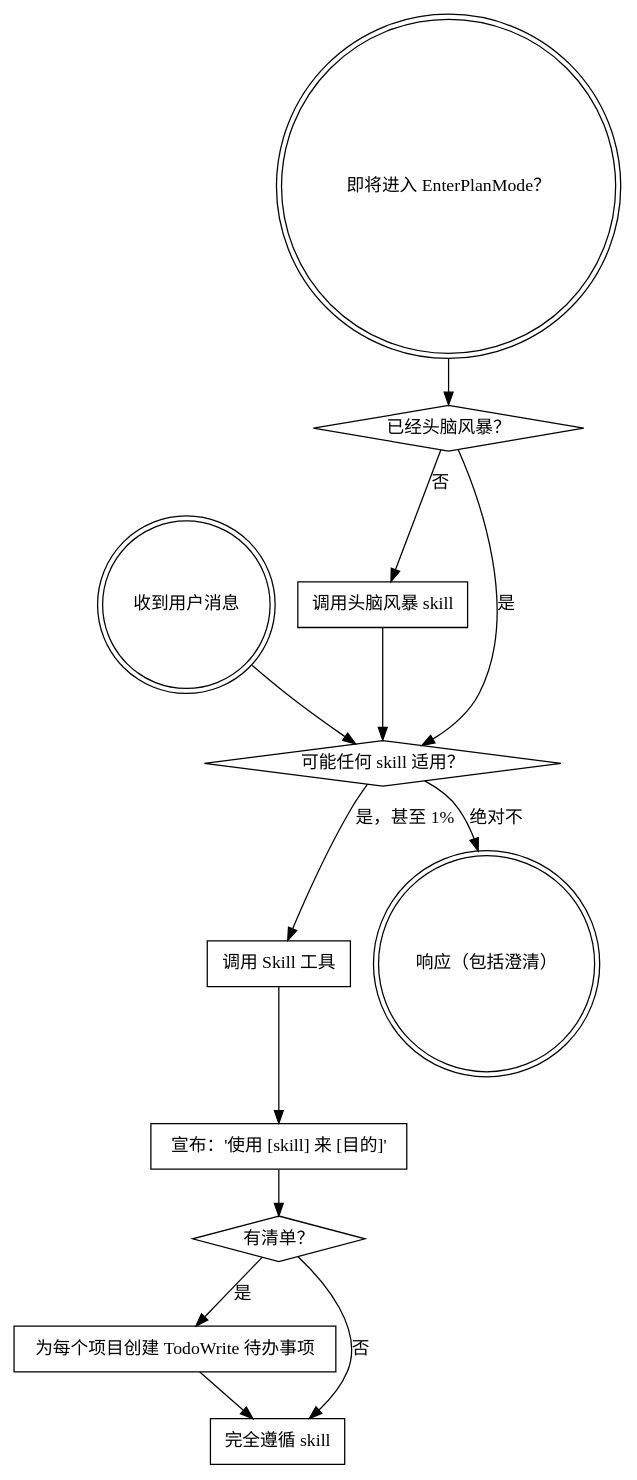
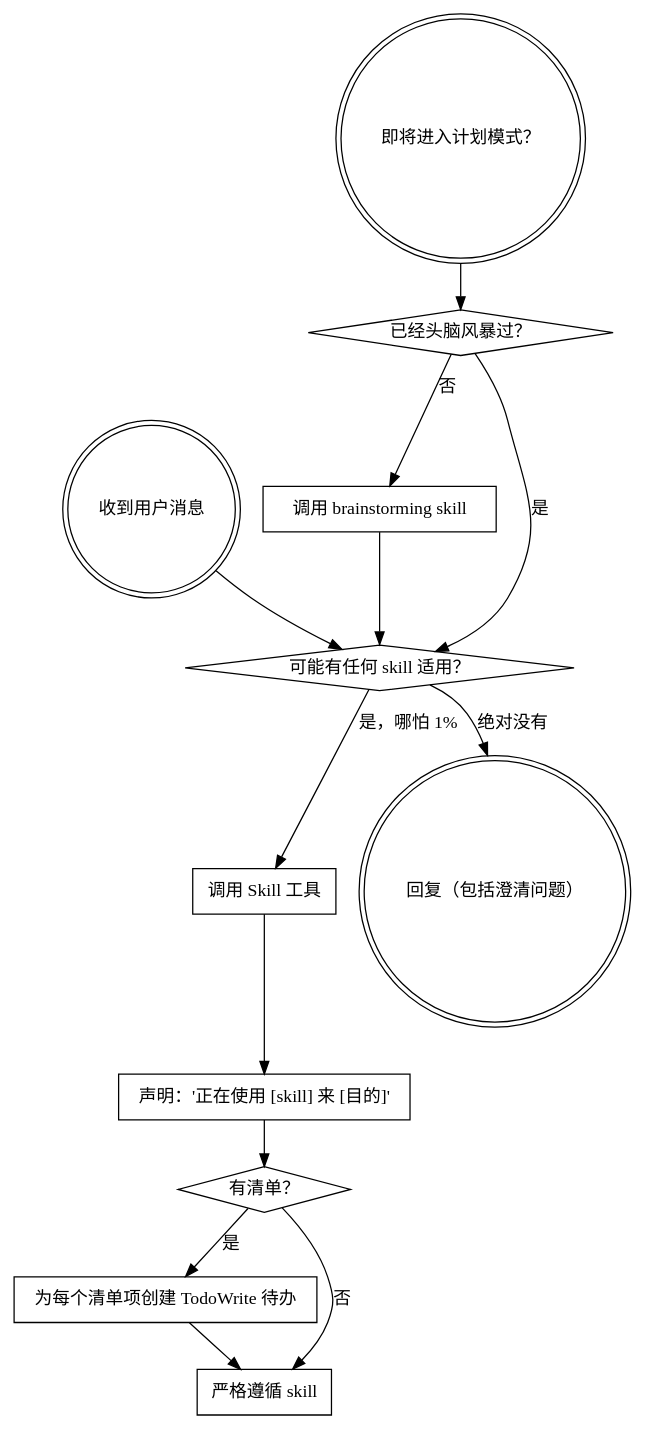
The diagram in superpower/translation-cn/.claude/skills/using-superpowers/SKILL.md (camtrik/harness-study), drawn with Graphviz before and after one commit. The commit also changed other lines of this file and 42 other files, not shown here.

````diff
--- a/superpower/translation-cn/.claude/skills/using-superpowers/SKILL.md
+++ b/superpower/translation-cn/.claude/skills/using-superpowers/SKILL.md
@@ -48,29 +48,29 @@
 ```dot
 digraph skill_flow {
     "收到用户消息" [shape=doublecircle];
-    "即将进入 EnterPlanMode？" [shape=doublecircle];
-    "已经头脑风暴？" [shape=diamond];
-    "调用头脑风暴 skill" [shape=box];
-    "可能任何 skill 适用？" [shape=diamond];
+    "即将进入计划模式？" [shape=doublecircle];
+    "已经头脑风暴过？" [shape=diamond];
+    "调用 brainstorming skill" [shape=box];
+    "可能有任何 skill 适用？" [shape=diamond];
     "调用 Skill 工具" [shape=box];
-    "宣布：'使用 [skill] 来 [目的]'" [shape=box];
+    "声明：'正在使用 [skill] 来 [目的]'" [shape=box];
     "有清单？" [shape=diamond];
-    "为每个项目创建 TodoWrite 待办事项" [shape=box];
-    "完全遵循 skill" [shape=box];
-    "响应（包括澄清）" [shape=doublecircle];
+    "为每个清单项创建 TodoWrite 待办" [shape=box];
+    "严格遵循 skill" [shape=box];
+    "回复（包括澄清问题）" [shape=doublecircle];
 
-    "即将进入 EnterPlanMode？" -> "已经头脑风暴？";
-    "已经头脑风暴？" -> "调用头脑风暴 skill" [label="否"];
-    "已经头脑风暴？" -> "可能任何 skill 适用？" [label="是"];
-    "调用头脑风暴 skill" -> "可能任何 skill 适用？";
+    "即将进入计划模式？" -> "已经头脑风暴过？";
+    "已经头脑风暴过？" -> "调用 brainstorming skill" [label="否"];
+    "已经头脑风暴过？" -> "可能有任何 skill 适用？" [label="是"];
+    "调用 brainstorming skill" -> "可能有任何 skill 适用？";
 
-    "收到用户消息" -> "可能任何 skill 适用？";
-    "可能任何 skill 适用？" -> "调用 Skill 工具" [label="是，甚至 1%"];
-    "可能任何 skill 适用？" -> "响应（包括澄清）" [label="绝对不"];
-    "调用 Skill 工具" -> "宣布：'使用 [skill] 来 [目的]'";
-    "宣布：'使用 [skill] 来 [目的]'" -> "有清单？";
-    "有清单？" -> "为每个项目创建 TodoWrite 待办事项" [label="是"];
-    "有清单？" -> "完全遵循 skill" [label="否"];
-    "为每个项目创建 TodoWrite 待办事项" -> "完全遵循 skill";
+    "收到用户消息" -> "可能有任何 skill 适用？";
+    "可能有任何 skill 适用？" -> "调用 Skill 工具" [label="是，哪怕 1%"];
+    "可能有任何 skill 适用？" -> "回复（包括澄清问题）" [label="绝对没有"];
+    "调用 Skill 工具" -> "声明：'正在使用 [skill] 来 [目的]'";
+    "声明：'正在使用 [skill] 来 [目的]'" -> "有清单？";
+    "有清单？" -> "为每个清单项创建 TodoWrite 待办" [label="是"];
+    "有清单？" -> "严格遵循 skill" [label="否"];
+    "为每个清单项创建 TodoWrite 待办" -> "严格遵循 skill";
 }
 ```
````
